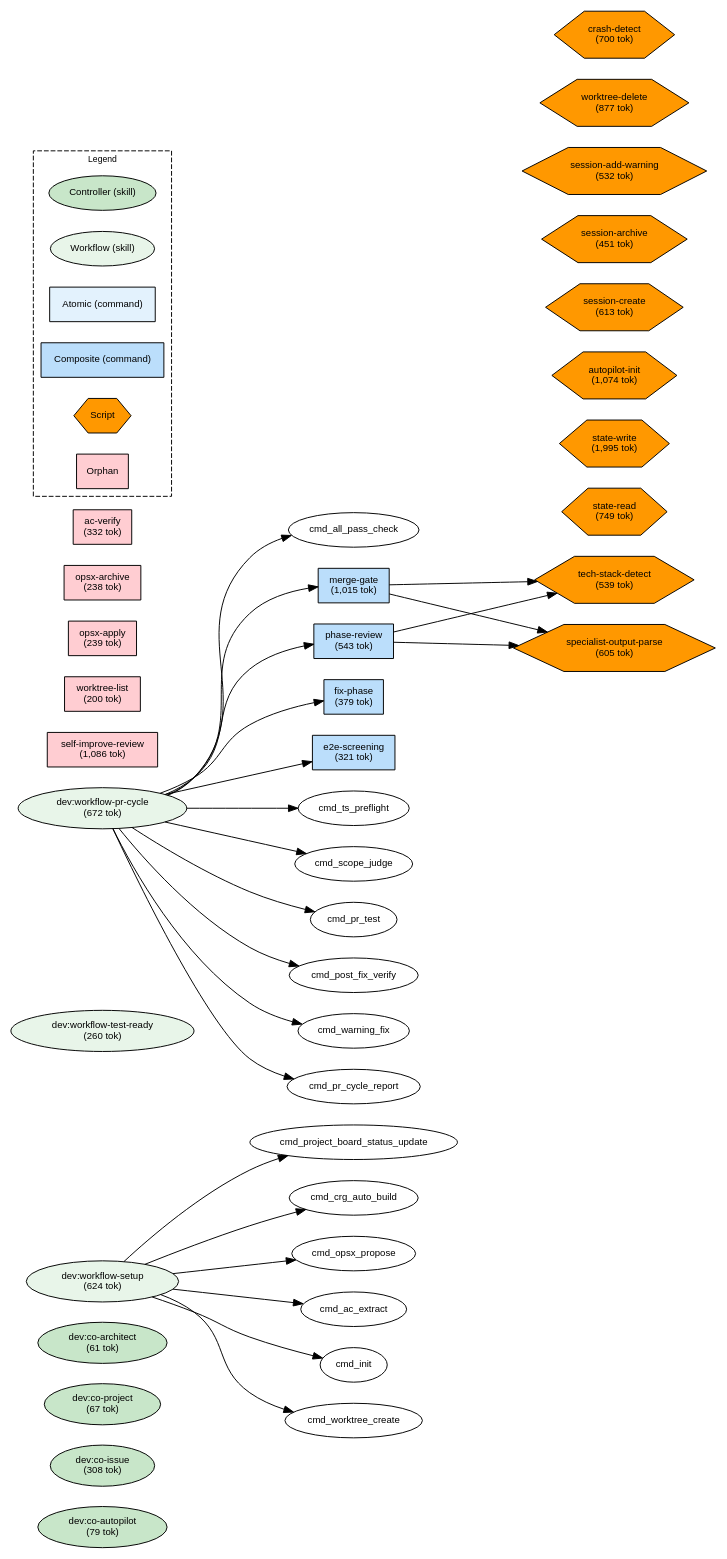
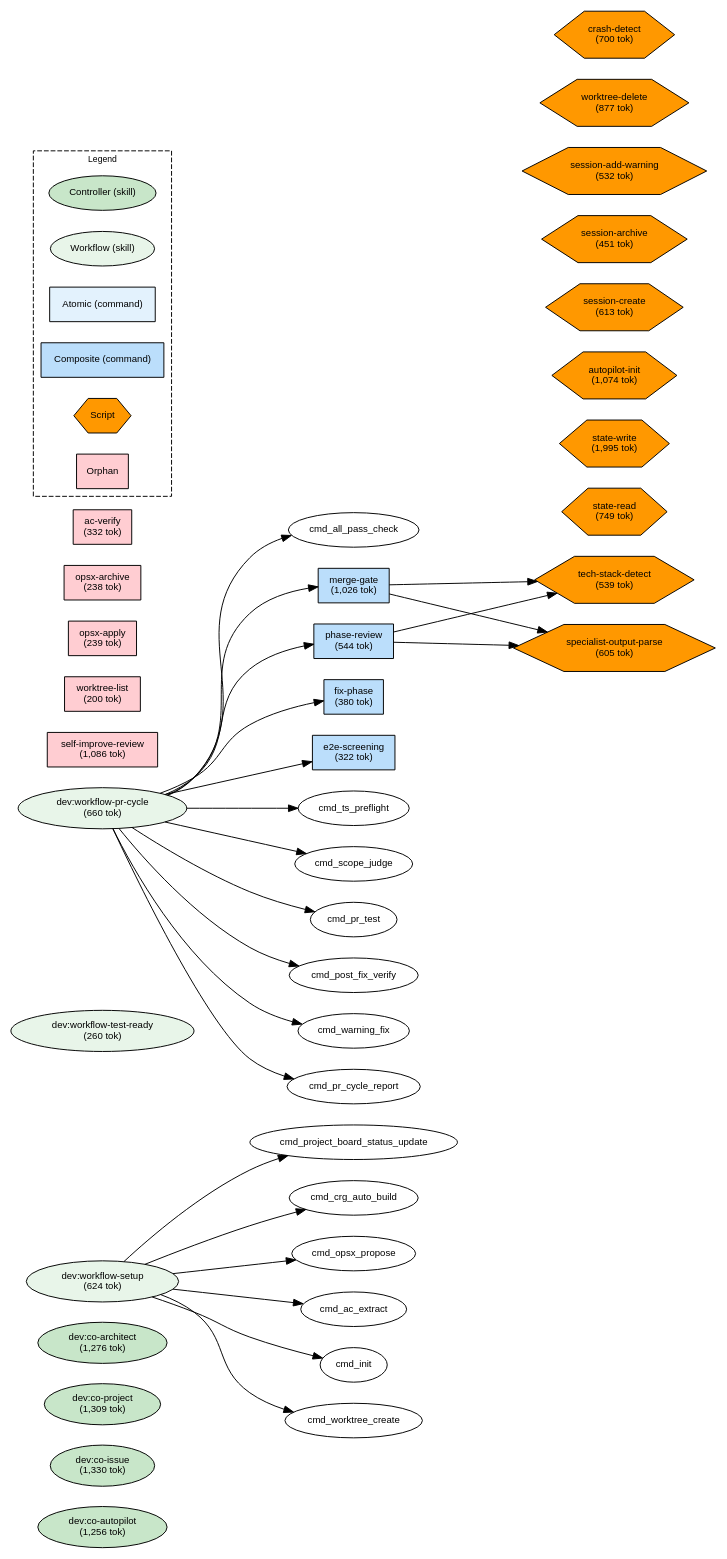
The diagram in plugins/dev/docs/deps.dot (shuu5/twill), drawn with Graphviz before and after one commit. The commit also changed 35 other files, not shown here.

```diff
--- a/plugins/dev/docs/deps.dot
+++ b/plugins/dev/docs/deps.dot
@@ -1,96 +1,96 @@
 digraph Dependencies {
     // Graph settings
     rankdir=LR;
     ranksep=0.8;
     nodesep=0.3;
     fontname="Helvetica";
     node [fontname="Helvetica", fontsize=10];
     edge [fontname="Helvetica", fontsize=9];
 
     // L0: Controller Skills
-    skill_co_autopilot [label="dev:co-autopilot\n(79 tok)", shape=ellipse, style=filled, fillcolor="#c8e6c9"];
-    skill_co_issue [label="dev:co-issue\n(308 tok)", shape=ellipse, style=filled, fillcolor="#c8e6c9"];
-    skill_co_project [label="dev:co-project\n(67 tok)", shape=ellipse, style=filled, fillcolor="#c8e6c9"];
-    skill_co_architect [label="dev:co-architect\n(61 tok)", shape=ellipse, style=filled, fillcolor="#c8e6c9"];
+    skill_co_autopilot [label="dev:co-autopilot\n(1,256 tok)", shape=ellipse, style=filled, fillcolor="#c8e6c9"];
+    skill_co_issue [label="dev:co-issue\n(1,330 tok)", shape=ellipse, style=filled, fillcolor="#c8e6c9"];
+    skill_co_project [label="dev:co-project\n(1,309 tok)", shape=ellipse, style=filled, fillcolor="#c8e6c9"];
+    skill_co_architect [label="dev:co-architect\n(1,276 tok)", shape=ellipse, style=filled, fillcolor="#c8e6c9"];
 
     // L0: Launchers
 
     // L0.5: Workflow Skills
     skill_workflow_setup [label="dev:workflow-setup\n(624 tok)", shape=ellipse, style=filled, fillcolor="#e8f5e9"];
     skill_workflow_test_ready [label="dev:workflow-test-ready\n(260 tok)", shape=ellipse, style=filled, fillcolor="#e8f5e9"];
-    skill_workflow_pr_cycle [label="dev:workflow-pr-cycle\n(672 tok)", shape=ellipse, style=filled, fillcolor="#e8f5e9"];
+    skill_workflow_pr_cycle [label="dev:workflow-pr-cycle\n(660 tok)", shape=ellipse, style=filled, fillcolor="#e8f5e9"];
 
     // Reference Skills
 
     // L1: Direct Commands
-    cmd_phase_review [label="phase-review\n(543 tok)", shape=box, style=filled, fillcolor="#bbdefb"];
-    cmd_fix_phase [label="fix-phase\n(379 tok)", shape=box, style=filled, fillcolor="#bbdefb"];
-    cmd_e2e_screening [label="e2e-screening\n(321 tok)", shape=box, style=filled, fillcolor="#bbdefb"];
-    cmd_merge_gate [label="merge-gate\n(1,015 tok)", shape=box, style=filled, fillcolor="#bbdefb"];
+    cmd_phase_review [label="phase-review\n(544 tok)", shape=box, style=filled, fillcolor="#bbdefb"];
+    cmd_fix_phase [label="fix-phase\n(380 tok)", shape=box, style=filled, fillcolor="#bbdefb"];
+    cmd_e2e_screening [label="e2e-screening\n(322 tok)", shape=box, style=filled, fillcolor="#bbdefb"];
+    cmd_merge_gate [label="merge-gate\n(1,026 tok)", shape=box, style=filled, fillcolor="#bbdefb"];
 
     // L2: Sub Commands
     cmd_self_improve_review [label="self-improve-review\n(1,086 tok)", shape=box, style=filled, fillcolor="#ffcdd2"];
     cmd_worktree_list [label="worktree-list\n(200 tok)", shape=box, style=filled, fillcolor="#ffcdd2"];
     cmd_opsx_apply [label="opsx-apply\n(239 tok)", shape=box, style=filled, fillcolor="#ffcdd2"];
     cmd_opsx_archive [label="opsx-archive\n(238 tok)", shape=box, style=filled, fillcolor="#ffcdd2"];
     cmd_ac_verify [label="ac-verify\n(332 tok)", shape=box, style=filled, fillcolor="#ffcdd2"];
 
     // L3: Agents
 
     // L3.5: Scripts
     script_state_read [label="state-read\n(749 tok)", shape=hexagon, style=filled, fillcolor="#FF9800"];
     script_state_write [label="state-write\n(1,995 tok)", shape=hexagon, style=filled, fillcolor="#FF9800"];
     script_autopilot_init [label="autopilot-init\n(1,074 tok)", shape=hexagon, style=filled, fillcolor="#FF9800"];
     script_session_create [label="session-create\n(613 tok)", shape=hexagon, style=filled, fillcolor="#FF9800"];
     script_session_archive [label="session-archive\n(451 tok)", shape=hexagon, style=filled, fillcolor="#FF9800"];
     script_session_add_warning [label="session-add-warning\n(532 tok)", shape=hexagon, style=filled, fillcolor="#FF9800"];
     script_worktree_delete [label="worktree-delete\n(877 tok)", shape=hexagon, style=filled, fillcolor="#FF9800"];
     script_crash_detect [label="crash-detect\n(700 tok)", shape=hexagon, style=filled, fillcolor="#FF9800"];
     script_tech_stack_detect [label="tech-stack-detect\n(539 tok)", shape=hexagon, style=filled, fillcolor="#FF9800"];
     script_specialist_output_parse [label="specialist-output-parse\n(605 tok)", shape=hexagon, style=filled, fillcolor="#FF9800"];
 
     // L4: External
 
     // Layer constraints
     { rank=same; skill_co_autopilot; skill_co_issue; skill_co_project; skill_co_architect; }
     { rank=same; skill_workflow_setup; skill_workflow_test_ready; skill_workflow_pr_cycle; }
     { rank=same; cmd_phase_review; cmd_fix_phase; cmd_e2e_screening; cmd_merge_gate; }
     { rank=same; cmd_self_improve_review; cmd_worktree_list; cmd_opsx_apply; cmd_opsx_archive; cmd_ac_verify; }
     { rank=same; script_state_read; script_state_write; script_autopilot_init; script_session_create; script_session_archive; script_session_add_warning; script_worktree_delete; script_crash_detect; script_tech_stack_detect; script_specialist_output_parse; }
 
     // Edges
     skill_workflow_setup -> cmd_init;
     skill_workflow_setup -> cmd_worktree_create;
     skill_workflow_setup -> cmd_project_board_status_update;
     skill_workflow_setup -> cmd_crg_auto_build;
     skill_workflow_setup -> cmd_opsx_propose;
     skill_workflow_setup -> cmd_ac_extract;
     skill_workflow_pr_cycle -> cmd_ts_preflight;
     skill_workflow_pr_cycle -> cmd_phase_review;
     skill_workflow_pr_cycle -> cmd_scope_judge;
     skill_workflow_pr_cycle -> cmd_pr_test;
     skill_workflow_pr_cycle -> cmd_fix_phase;
     skill_workflow_pr_cycle -> cmd_post_fix_verify;
     skill_workflow_pr_cycle -> cmd_warning_fix;
     skill_workflow_pr_cycle -> cmd_e2e_screening;
     skill_workflow_pr_cycle -> cmd_pr_cycle_report;
     skill_workflow_pr_cycle -> cmd_all_pass_check;
     skill_workflow_pr_cycle -> cmd_merge_gate;
     cmd_phase_review -> script_specialist_output_parse;
     cmd_phase_review -> script_tech_stack_detect;
     cmd_merge_gate -> script_specialist_output_parse;
     cmd_merge_gate -> script_tech_stack_detect;
 
     // Legend
     subgraph cluster_legend {
         label="Legend";
         fontsize=9;
         style=dashed;
         legend_controller [label="Controller (skill)", shape=ellipse, style=filled, fillcolor="#c8e6c9"];
         legend_workflow [label="Workflow (skill)", shape=ellipse, style=filled, fillcolor="#e8f5e9"];
         legend_atomic [label="Atomic (command)", shape=box, style=filled, fillcolor="#e3f2fd"];
         legend_composite [label="Composite (command)", shape=box, style=filled, fillcolor="#bbdefb"];
         legend_script [label="Script", shape=hexagon, style=filled, fillcolor="#FF9800"];
         legend_orphan [label="Orphan", shape=box, style=filled, fillcolor="#ffcdd2"];
     }
 }
```
